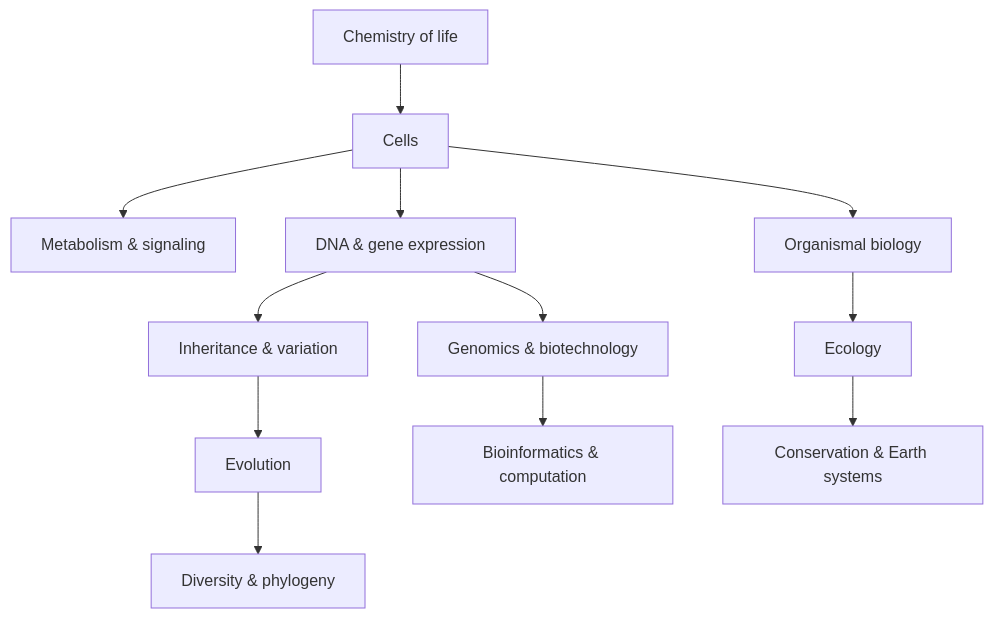
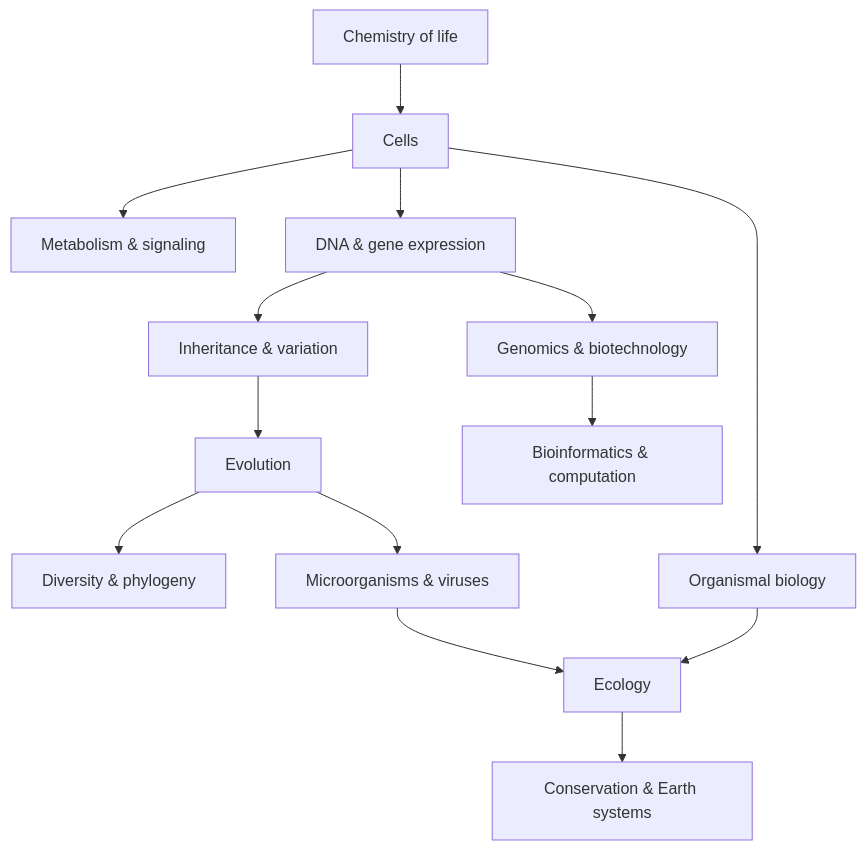
One commit to hunggtham/learning-docs changed the diagram in biology/README.md. Above: the diagram before and after it, drawn with Mermaid. The commit also changed other lines of this file, not shown here.

````diff
--- a/biology/README.md
+++ b/biology/README.md
@@ -7,14 +7,16 @@
 ```mermaid
 flowchart TD
     A[Chemistry of life] --> B[Cells]
     B --> C[Metabolism & signaling]
     B --> D[DNA & gene expression]
     D --> E[Inheritance & variation]
     E --> F[Evolution]
     F --> G[Diversity & phylogeny]
+    F --> M[Microorganisms & viruses]
     B --> H[Organismal biology]
     H --> I[Ecology]
+    M --> I
     D --> J[Genomics & biotechnology]
     I --> K[Conservation & Earth systems]
     J --> L[Bioinformatics & computation]
 ```
````
